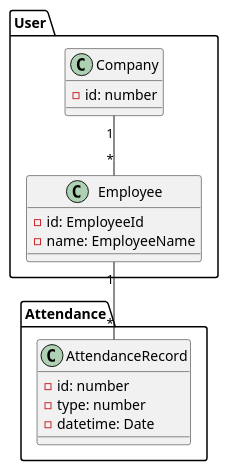
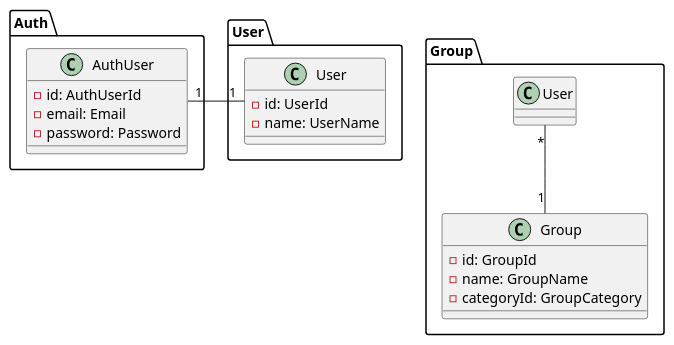
One commit to sugiwa/matching-group changed the diagram in docs/model.pu. Above: the diagram before and after it, drawn with PlantUML. The commit also changed 1 other file, not shown here.

```diff
--- a/docs/model.pu
+++ b/docs/model.pu
@@ -1,25 +1,31 @@
 @startuml
 
+package Auth {
+    class AuthUser {
+        - id: AuthUserId
+        - email: Email
+        - password: Password
+    }
+}
+
 package User {
-    class Employee {
-        - id: EmployeeId
-        - name: EmployeeName
+    class User {
+        - id: UserId
+        - name: UserName
     }
 
-    class Company {
-        - id: number
-    }
-    Company "1"--"*" Employee
+
+    AuthUser "1" - "1" User
 }
 
-package Attendance {
-    class AttendanceRecord {
-        - id: number
-        - type: number
-        - datetime: Date
+package Group {
+    class Group {
+        - id: GroupId
+        - name: GroupName
+        - categoryId: GroupCategory
     }
 
-    Employee "1"--"*" AttendanceRecord
+    User "*" -- "1" Group
 }
 
 @enduml
```
